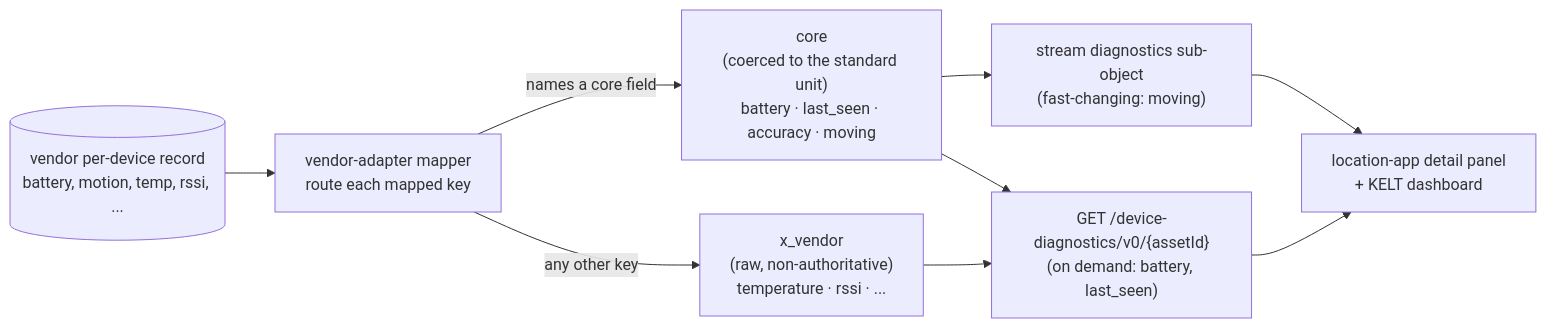
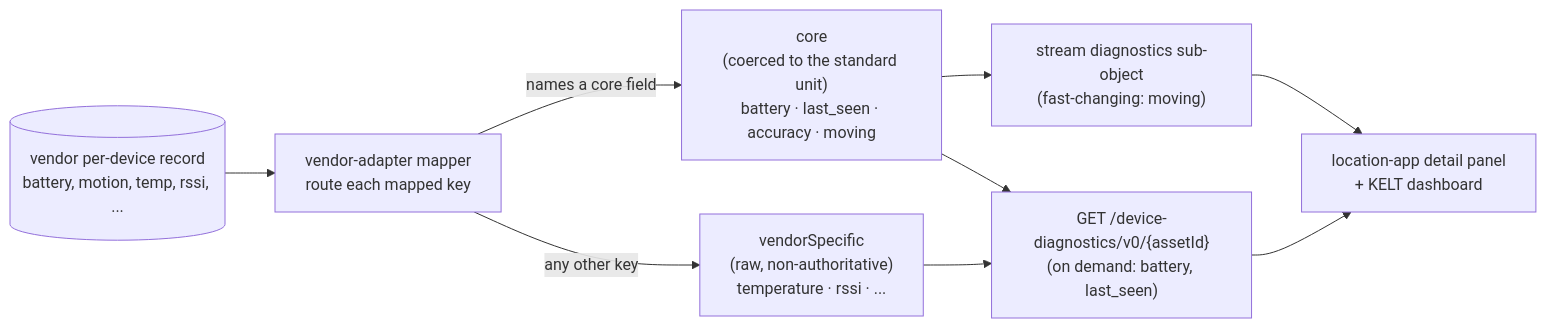
The diagram in docs/profile-extensions.md (Jacobbista/5g-northbound), drawn with Mermaid before and after one commit. The commit also changed other lines of this file and 10 other files, not shown here.

````diff
--- a/docs/profile-extensions.md
+++ b/docs/profile-extensions.md
@@ -76,11 +80,11 @@
 ```mermaid
 flowchart LR
   V[("vendor per-device record<br/>battery, motion, temp, rssi, ...")] --> M["vendor-adapter mapper<br/>route each mapped key"]
   M -->|"names a core field"| C["core<br/>(coerced to the standard unit)<br/>battery · last_seen · accuracy · moving"]
-  M -->|"any other key"| X["x_vendor<br/>(raw, non-authoritative)<br/>temperature · rssi · ..."]
+  M -->|"any other key"| X["vendorSpecific<br/>(raw, non-authoritative)<br/>temperature · rssi · ..."]
   C --> ST["stream diagnostics sub-object<br/>(fast-changing: moving)"]
   C --> OD["GET /device-diagnostics/v0/{assetId}<br/>(on demand: battery, last_seen)"]
   X --> OD
   ST --> APP["location-app detail panel<br/>+ KELT dashboard"]
   OD --> APP
 ```
````
